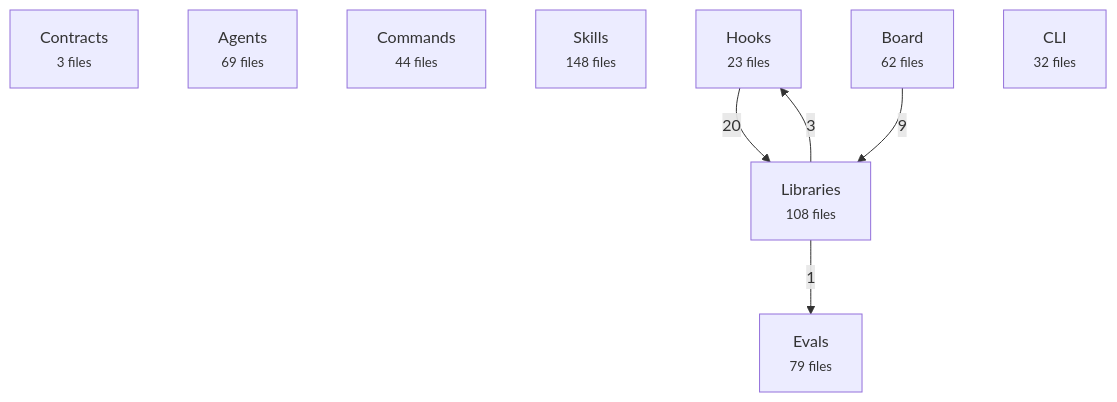
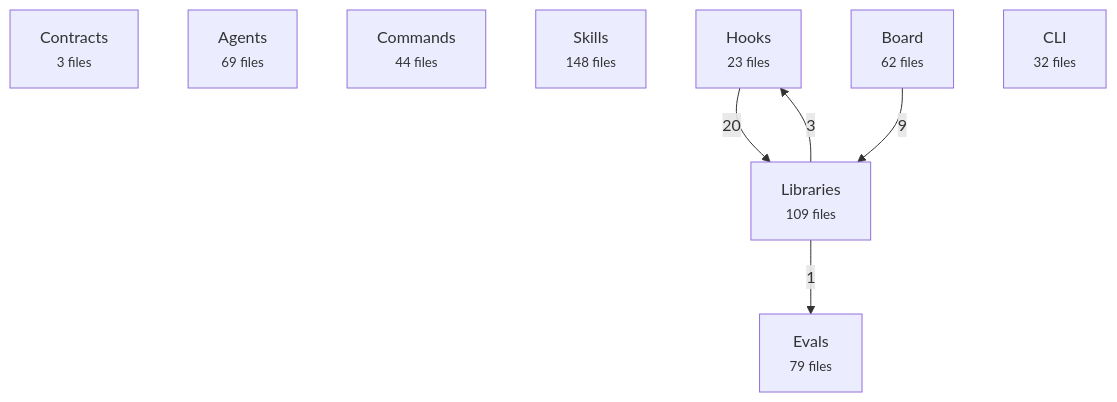
Before and after one commit to avelikiy/great_cto: the first of 2 diagrams in docs/reference/architecture-map.md, drawn with Mermaid. The commit also changed other lines of this file and 3 other files, not shown here.

````diff
--- a/docs/reference/architecture-map.md
+++ b/docs/reference/architecture-map.md
@@ -20,16 +20,16 @@
 ```mermaid
 flowchart TD
   contracts["Contracts<br/><small>3 files</small>"]
   agents["Agents<br/><small>69 files</small>"]
   commands["Commands<br/><small>44 files</small>"]
   skills["Skills<br/><small>148 files</small>"]
   hooks["Hooks<br/><small>23 files</small>"]
-  libs["Libraries<br/><small>108 files</small>"]
+  libs["Libraries<br/><small>109 files</small>"]
   board["Board<br/><small>62 files</small>"]
   cli["CLI<br/><small>32 files</small>"]
   evals["Evals<br/><small>79 files</small>"]
   hooks -->|20| libs
   board -->|9| libs
   libs -->|3| hooks
   libs -->|1| evals
 ```
````
